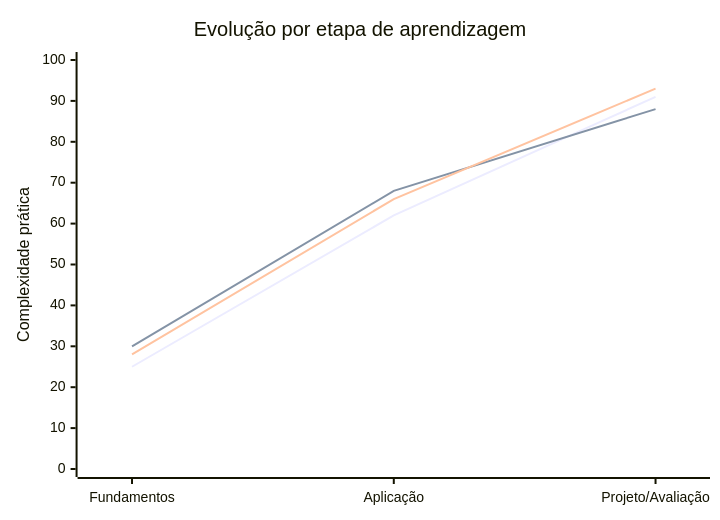
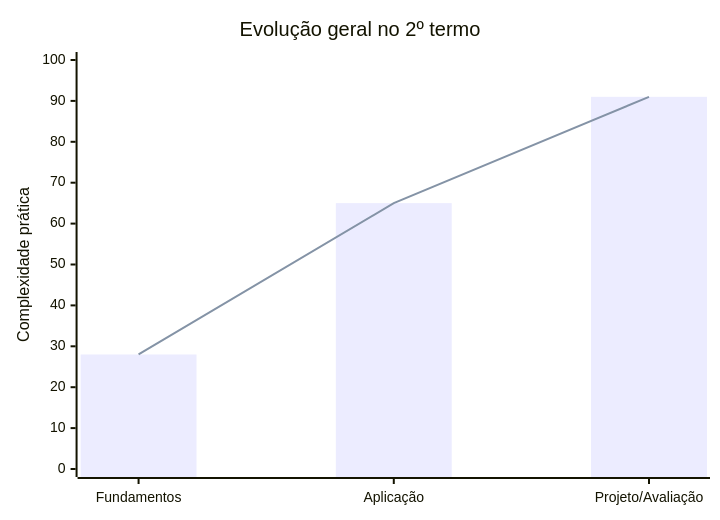
The first of 3 diagrams in README.md (Liposor/2Termo-SENAI), drawn with Mermaid before and after one commit.

Commit message:
docs: corrige sintaxe do gráfico de evolução

````diff
--- a/README.md
+++ b/README.md
@@ -140,9 +140,8 @@
 ```mermaid
 xychart-beta
-    title "Evolução por etapa de aprendizagem"
+    title "Evolução geral no 2º termo"
     x-axis ["Fundamentos", "Aplicação", "Projeto/Avaliação"]
     y-axis "Complexidade prática" 0 --> 100
-    line "BACKEND" [25, 62, 91]
-    line "BCD" [30, 68, 88]
-    line "LIMA" [28, 66, 93]
+    bar [28, 65, 91]
+    line [28, 65, 91]
 ```
````
